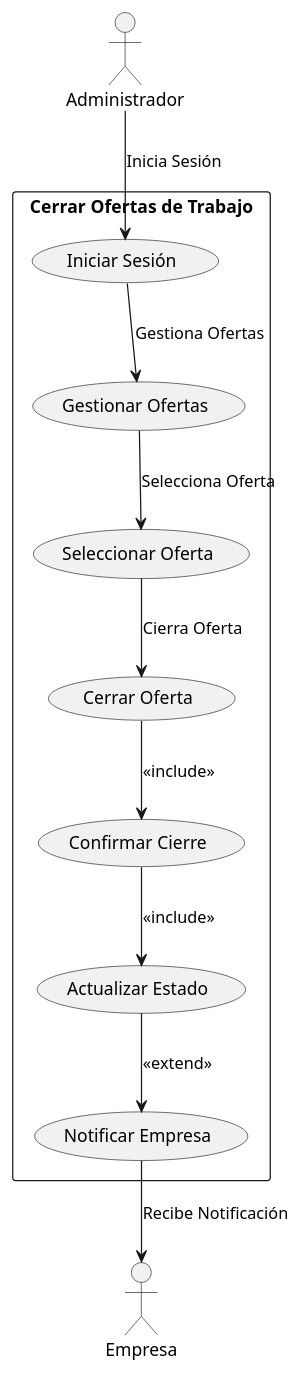
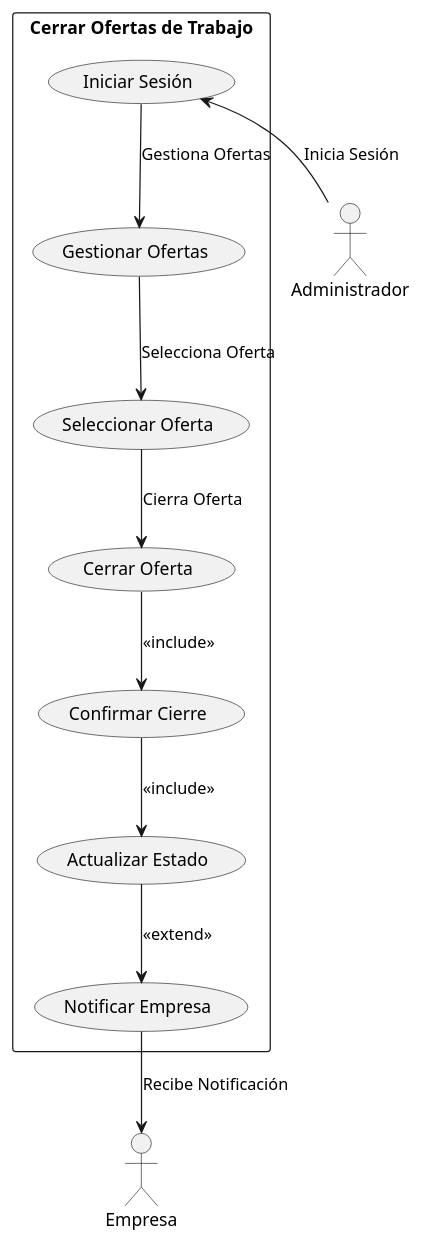
The diagram in modelosUML/CasosDeUso/diagramas/DiagramasContexto/cerrarOferta.puml (mmasias/24-25-IdSw1-SDR), drawn with PlantUML before and after one commit. The commit also changed 25 other files, not shown here.

Commit message:
añadir los diagramas a .pmg para poder añadirlo en el readme y reorganizacion de carpetas

```diff
--- a/modelosUML/CasosDeUso/diagramas/DiagramasContexto/cerrarOferta.puml
+++ b/modelosUML/CasosDeUso/diagramas/DiagramasContexto/cerrarOferta.puml
@@ -2,26 +2,26 @@
 @startuml
 
 ' Diagrama de Contexto: Cerrar oferta de trabajo
 rectangle "Cerrar Ofertas de Trabajo" {
     usecase "Iniciar Sesión" as IS
     usecase "Gestionar Ofertas" as GO
     usecase "Seleccionar Oferta" as SO
     usecase "Cerrar Oferta" as CO
     usecase "Confirmar Cierre" as CC
     usecase "Actualizar Estado" as AE
     usecase "Notificar Empresa" as NE
 }
 
 actor Administrador as ADM
 actor Empresa as EMP
 
-ADM --> IS : "Inicia Sesión"
+IS <-- ADM : "Inicia Sesión"
 IS --> GO : "Gestiona Ofertas"
 GO --> SO : "Selecciona Oferta"
 SO --> CO : "Cierra Oferta"
 CO --> CC : <<include>>
 CC --> AE : <<include>>
 AE --> NE : <<extend>>
 NE --> EMP : "Recibe Notificación"
 
 @enduml
```
